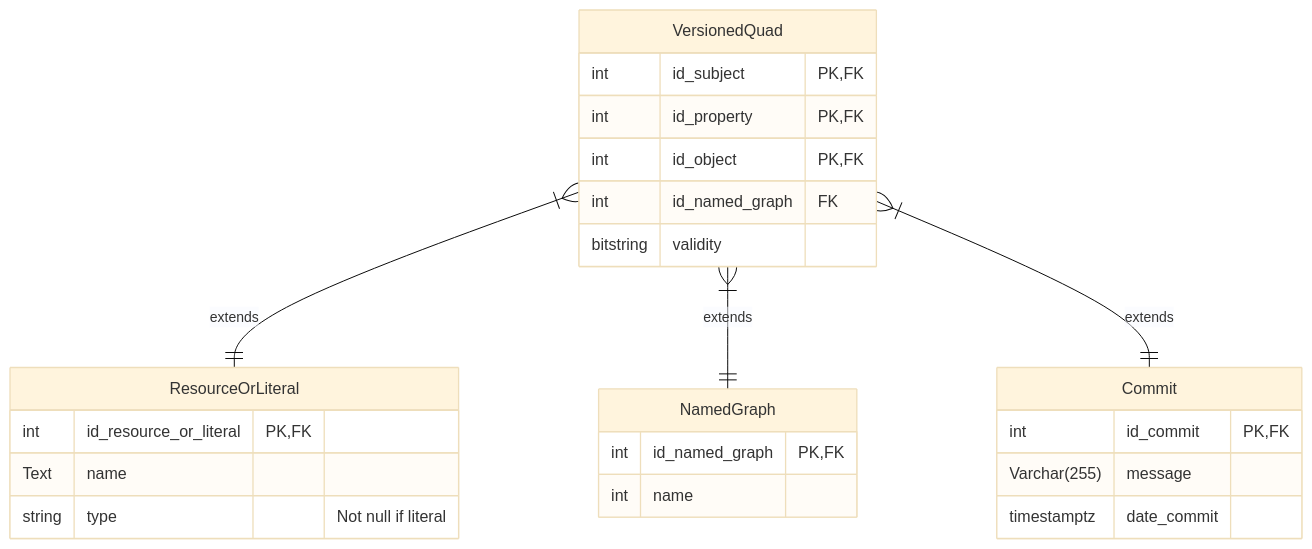
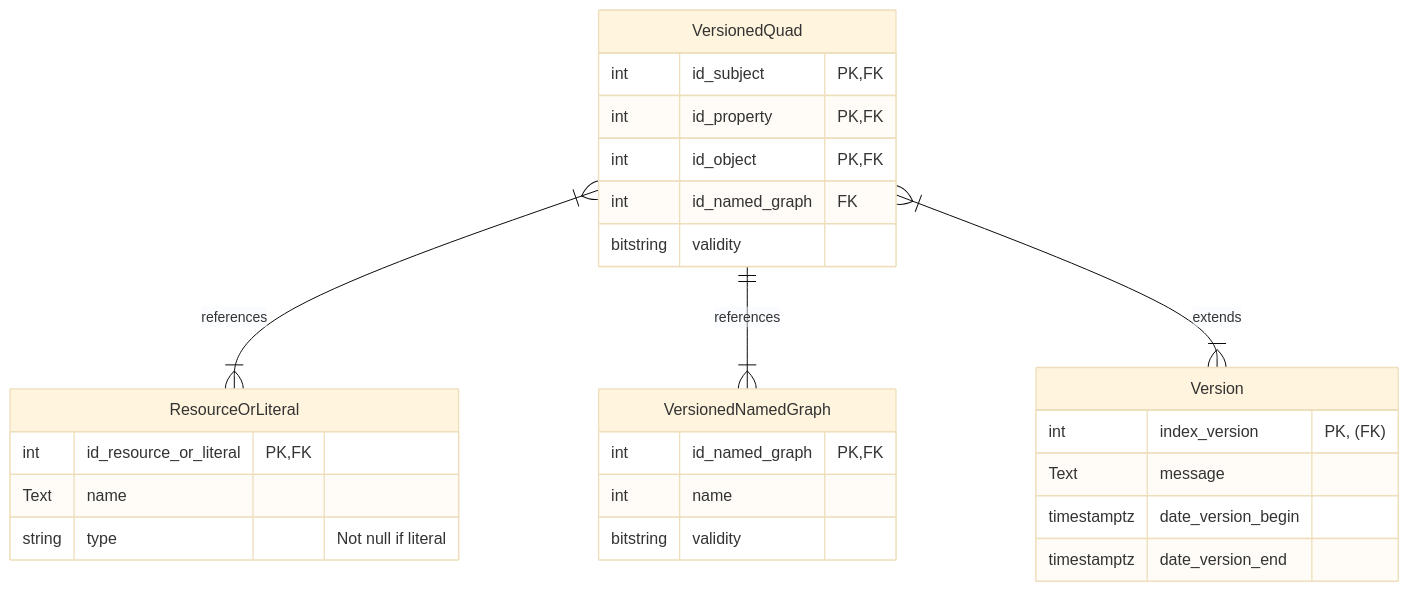
The first of 3 diagrams in Readme.md (VCityTeam/ConVer-G), drawn with Mermaid (base theme) before and after one commit. The commit also changed other lines of this file and 17 other files, not shown here.

````diff
--- a/Readme.md
+++ b/Readme.md
@@ -42,27 +68,29 @@
 ```mermaid
 erDiagram
-    VersionedQuad |{--|| ResourceOrLiteral: extends
-    VersionedQuad |{--|| NamedGraph: extends
-    VersionedQuad |{--|| Commit: extends
+    VersionedQuad |{--}| ResourceOrLiteral: references
+    VersionedQuad ||--}| VersionedNamedGraph: references
+    VersionedQuad |{--}| Version: extends
     VersionedQuad {
         int id_subject PK, FK
         int id_property PK, FK
         int id_object PK, FK
         int id_named_graph FK
         bitstring validity
     }
-    NamedGraph {
+    VersionedNamedGraph {
         int id_named_graph PK, FK
         int name
+        bitstring validity
     }
     ResourceOrLiteral {
         int id_resource_or_literal PK, FK
         Text name
         string type "Not null if literal"
     }
-    Commit {
-        int id_commit PK, FK
-        Varchar(255) message
-        timestamptz date_commit
+    Version {
+        int index_version "PK, (FK)"
+        Text message
+        timestamptz date_version_begin
+        timestamptz date_version_end
     }
 ```
````
